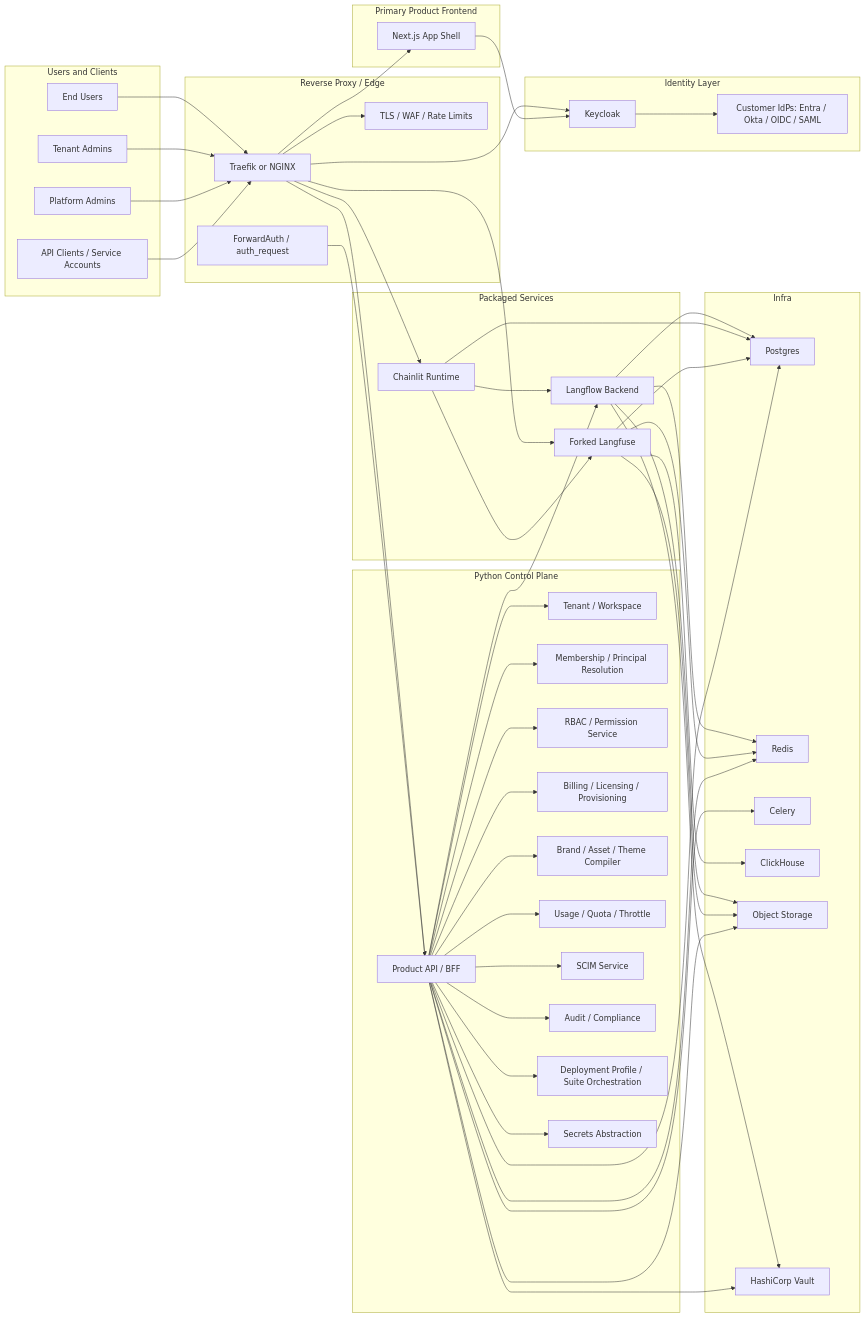
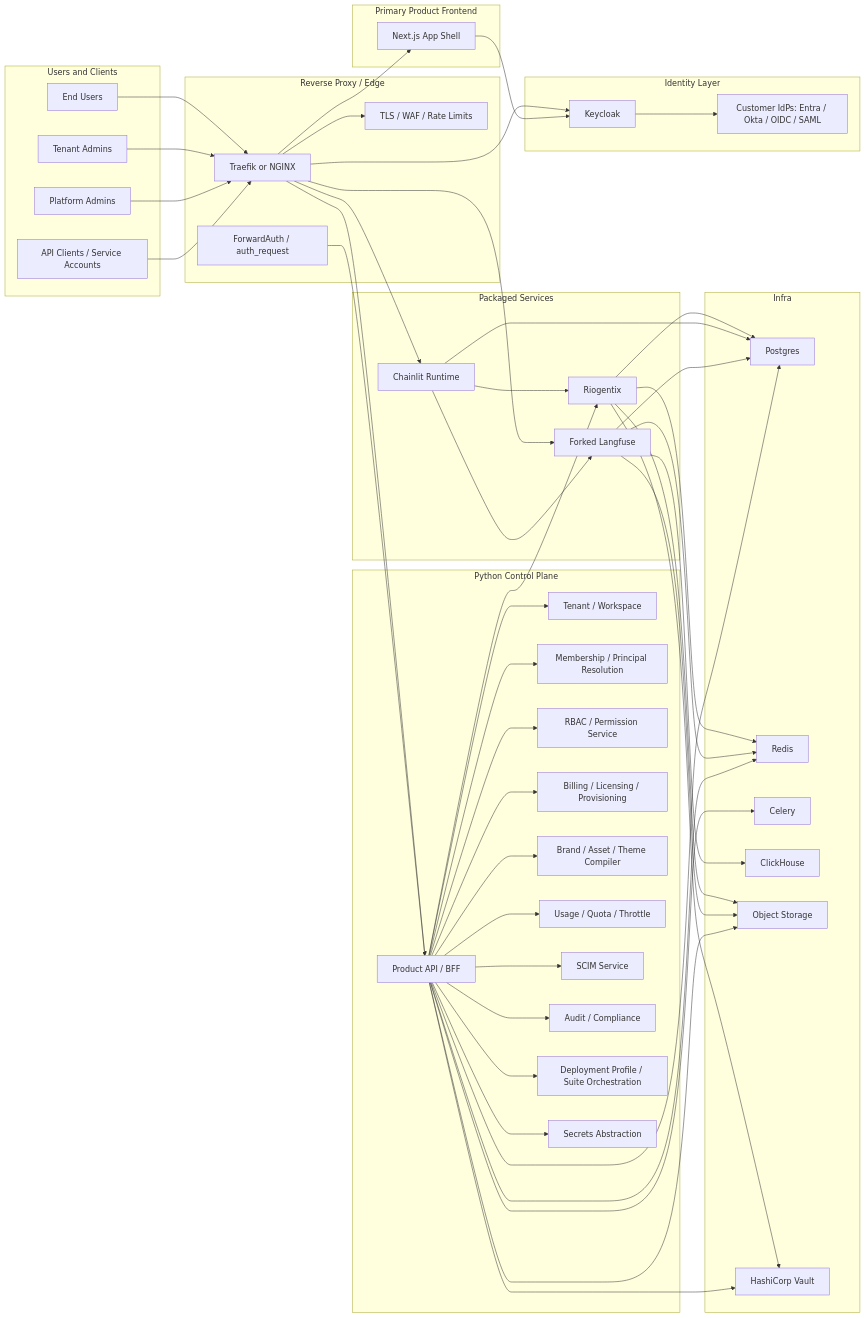
One commit to pachu4u/saas-scaffolding changed the diagram in test.md. Above: the diagram before and after it, drawn with Mermaid. The commit also changed 6 other files, not shown here.

```diff
--- a/test.md
+++ b/test.md
@@ -37,7 +37,7 @@
     end
 
     subgraph ProductServices["Packaged Services"]
-        LF["Langflow Backend"]
+        RG["Riogentix"]
         CL["Chainlit Runtime"]
         LFO["Forked Langfuse"]
     end
@@ -77,15 +77,15 @@
     API --> AUDIT
     API --> DEPLOY
     API --> SECRET
-    API --> LF
+    API --> RG
 
-    LF --> PG
-    LF --> REDIS
-    LF --> OBJ
-    LF --> VAULT
+    RG --> PG
+    RG --> REDIS
+    RG --> OBJ
+    RG --> VAULT
 
     CL --> PG
-    CL --> LF
+    CL --> RG
     CL --> LFO
 
     LFO --> PG
```
